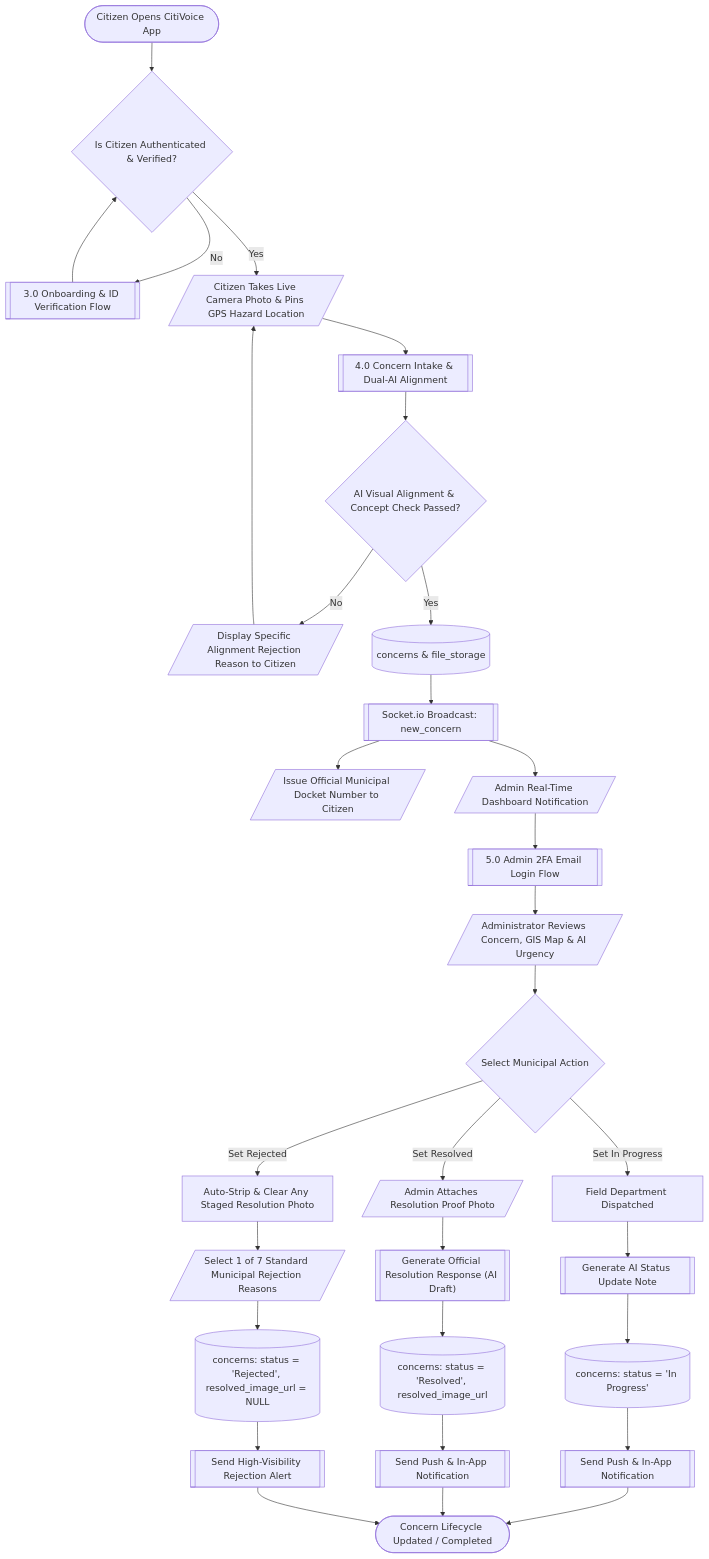
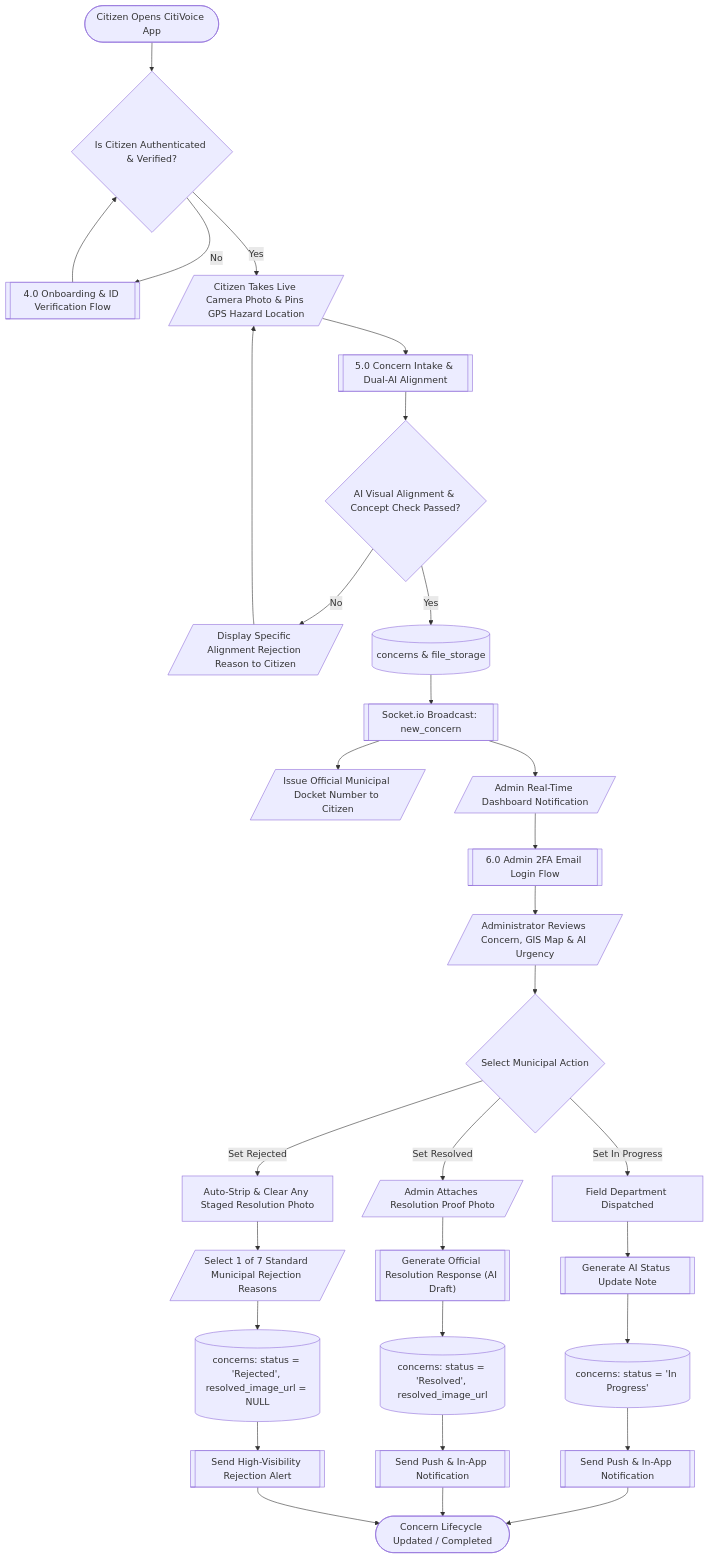
Before and after one commit to palingubaerwin029-ai/citivoice: the second of 7 diagrams in SYSTEM_FLOWCHART.md, drawn with Mermaid. The commit also changed other lines of this file, not shown here.

Commit message:
docs: add architectural system flowchart to SYSTEM_FLOWCHART.md

````diff
--- a/SYSTEM_FLOWCHART.md
+++ b/SYSTEM_FLOWCHART.md
@@ -40,46 +118,46 @@
 ```mermaid
 flowchart TD
     Start(["Citizen Opens CitiVoice App"]) --> AuthCheck{"Is Citizen Authenticated & Verified?"}
     
-    AuthCheck -- "No" --> Onboarding[["3.0 Onboarding & ID Verification Flow"]]
+    AuthCheck -- "No" --> Onboarding[["4.0 Onboarding & ID Verification Flow"]]
     Onboarding --> AuthCheck
     
     AuthCheck -- "Yes" --> CaptureInput[/"Citizen Takes Live Camera Photo & Pins GPS Hazard Location"/]
-    CaptureInput --> IntakeFlow[["4.0 Concern Intake & Dual-AI Alignment"]]
+    CaptureInput --> IntakeFlow[["5.0 Concern Intake & Dual-AI Alignment"]]
     
     IntakeFlow --> AIValid{"AI Visual Alignment & Concept Check Passed?"}
     AIValid -- "No" --> ShowErr[/"Display Specific Alignment Rejection Reason to Citizen"/]
     ShowErr --> CaptureInput
     
     AIValid -- "Yes" --> SaveReport[("concerns & file_storage")]
     SaveReport --> EmitSocket[["Socket.io Broadcast: new_concern"]]
     EmitSocket --> Docket[/"Issue Official Municipal Docket Number to Citizen"/]
     
     EmitSocket --> AdminNotice[/"Admin Real-Time Dashboard Notification"/]
-    AdminNotice --> AdminLogin[["5.0 Admin 2FA Email Login Flow"]]
+    AdminNotice --> AdminLogin[["6.0 Admin 2FA Email Login Flow"]]
     
     AdminLogin --> ReviewDashboard[/"Administrator Reviews Concern, GIS Map & AI Urgency"/]
     ReviewDashboard --> StatusChoice{"Select Municipal Action"}
     
     %% Branch 1: In Progress
     StatusChoice -- "Set In Progress" --> Dispatch["Field Department Dispatched"]
     Dispatch --> AIDraft1[["Generate AI Status Update Note"]]
     AIDraft1 --> UpdateDB1[("concerns: status = 'In Progress'")]
     UpdateDB1 --> NotifyCitizen1[["Send Push & In-App Notification"]]
     
     %% Branch 2: Resolved
     StatusChoice -- "Set Resolved" --> AttachProof[/"Admin Attaches Resolution Proof Photo"/]
     AttachProof --> AIDraft2[["Generate Official Resolution Response (AI Draft)"]]
     AIDraft2 --> UpdateDB2[("concerns: status = 'Resolved', resolved_image_url")]
     UpdateDB2 --> NotifyCitizen2[["Send Push & In-App Notification"]]
     
     %% Branch 3: Rejected
     StatusChoice -- "Set Rejected" --> StripPhoto["Auto-Strip & Clear Any Staged Resolution Photo"]
     StripPhoto --> PickReason[/"Select 1 of 7 Standard Municipal Rejection Reasons"/]
     PickReason --> UpdateDB3[("concerns: status = 'Rejected', resolved_image_url = NULL")]
     UpdateDB3 --> NotifyCitizen3[["Send High-Visibility Rejection Alert"]]
     
     NotifyCitizen1 --> End(["Concern Lifecycle Updated / Completed"])
     NotifyCitizen2 --> End
     NotifyCitizen3 --> End
 ```
````
